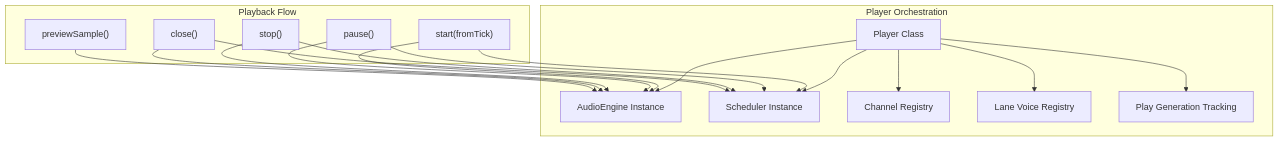
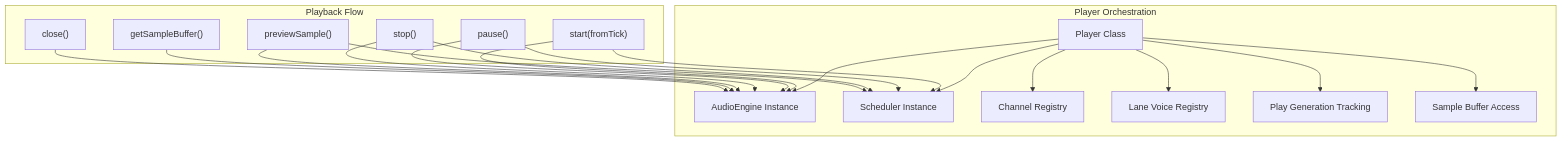
The sixth of 13 diagrams in .qoder/repowiki/en/content/Audio Engine/Audio Engine.md (satyrlord/mixjam-electron), drawn with Mermaid before and after one commit. The commit also changed other lines of this file and 37 other files, not shown here.

````diff
--- a/.qoder/repowiki/en/content/Audio Engine/Audio Engine.md
+++ b/.qoder/repowiki/en/content/Audio Engine/Audio Engine.md
@@ -342,32 +354,36 @@
 ```mermaid
 graph TB
 subgraph "Player Orchestration"
 A["Player Class"]
 B["AudioEngine Instance"]
 C["Scheduler Instance"]
 D["Channel Registry"]
 E["Lane Voice Registry"]
 F["Play Generation Tracking"]
+G["Sample Buffer Access"]
 end
 subgraph "Playback Flow"
-G["start(fromTick)"]
-H["pause()"]
-I["stop()"]
-J["close()"]
-K["previewSample()"]
+H["start(fromTick)"]
+I["pause()"]
+J["stop()"]
+K["close()"]
+L["previewSample()"]
+M["getSampleBuffer()"]
 end
 A --> B
 A --> C
 A --> D
 A --> E
 A --> F
-G --> C
-G --> B
+A --> G
 H --> C
 H --> B
 I --> C
 I --> B
 J --> C
 J --> B
+L --> C
+L --> B
+M --> B
 K --> B
 ```
````
